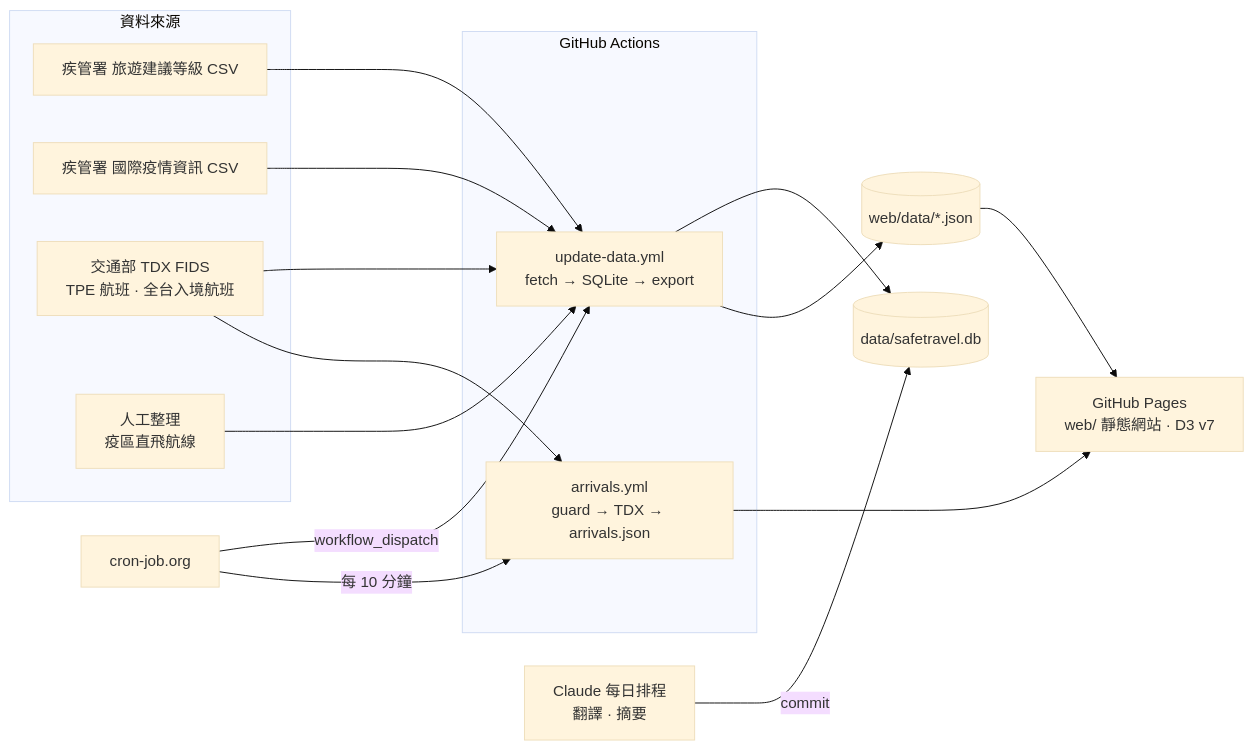
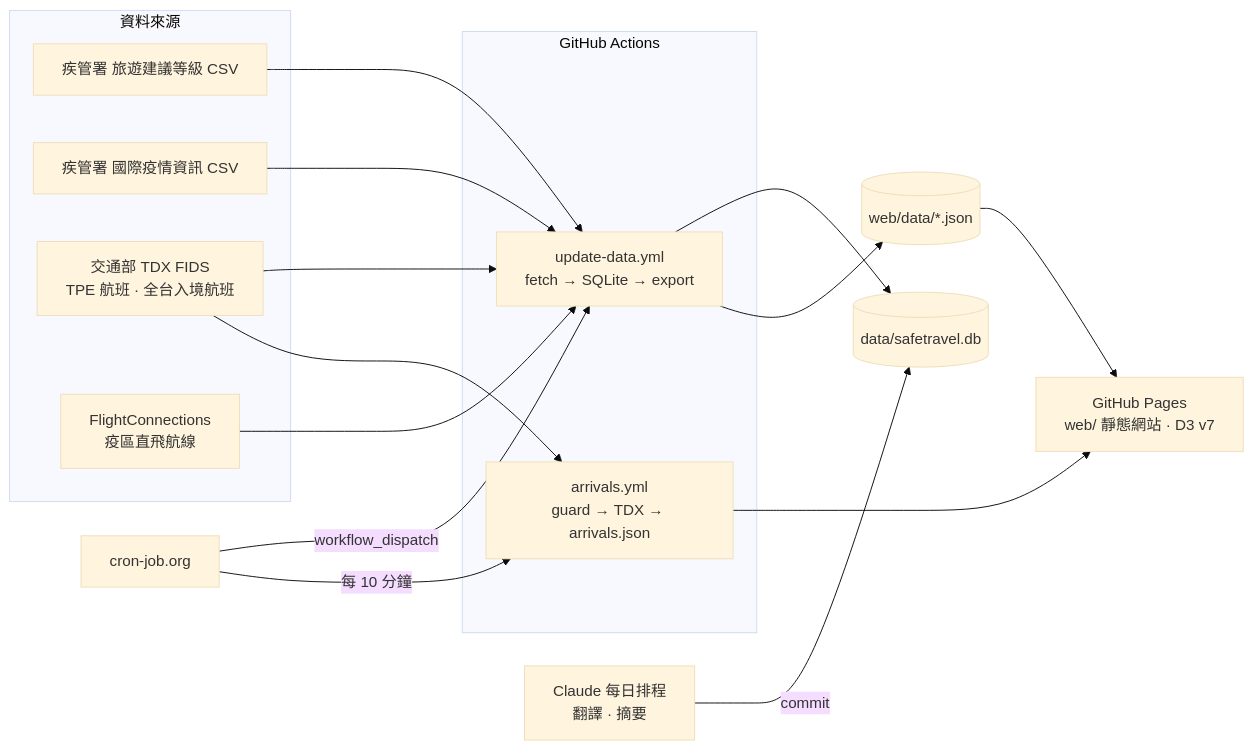
Before and after one commit to ancientsky/safetravel: the diagram in README.md, drawn with Mermaid (base theme). The commit also changed other lines of this file and 11 other files, not shown here.

First line of the commit message:
Credit FlightConnections as the source of the outbreak route lists

````diff
--- a/README.md
+++ b/README.md
@@ -88,25 +88,25 @@
 ```mermaid
 flowchart LR
   subgraph Sources[資料來源]
     A[疾管署 旅遊建議等級 CSV]
     B[疾管署 國際疫情資訊 CSV]
     T[交通部 TDX FIDS<br/>TPE 航班 · 全台入境航班]
-    M[人工整理<br/>疫區直飛航線]
+    M[FlightConnections<br/>疫區直飛航線]
   end
   CJ[cron-job.org] -->|workflow_dispatch| U
   CJ -->|每 10 分鐘| R
   subgraph Actions[GitHub Actions]
     U[update-data.yml<br/>fetch → SQLite → export] 
     R[arrivals.yml<br/>guard → TDX → arrivals.json]
   end
   CL[Claude 每日排程<br/>翻譯 · 摘要] -->|commit| DB[(data/safetravel.db)]
   A --> U
   B --> U
   T --> U
   T --> R
   M --> U
   U --> DB
   U --> J[(web/data/*.json)]
   R --> P
   J --> P[GitHub Pages<br/>web/ 靜態網站 · D3 v7]
 ```
````
